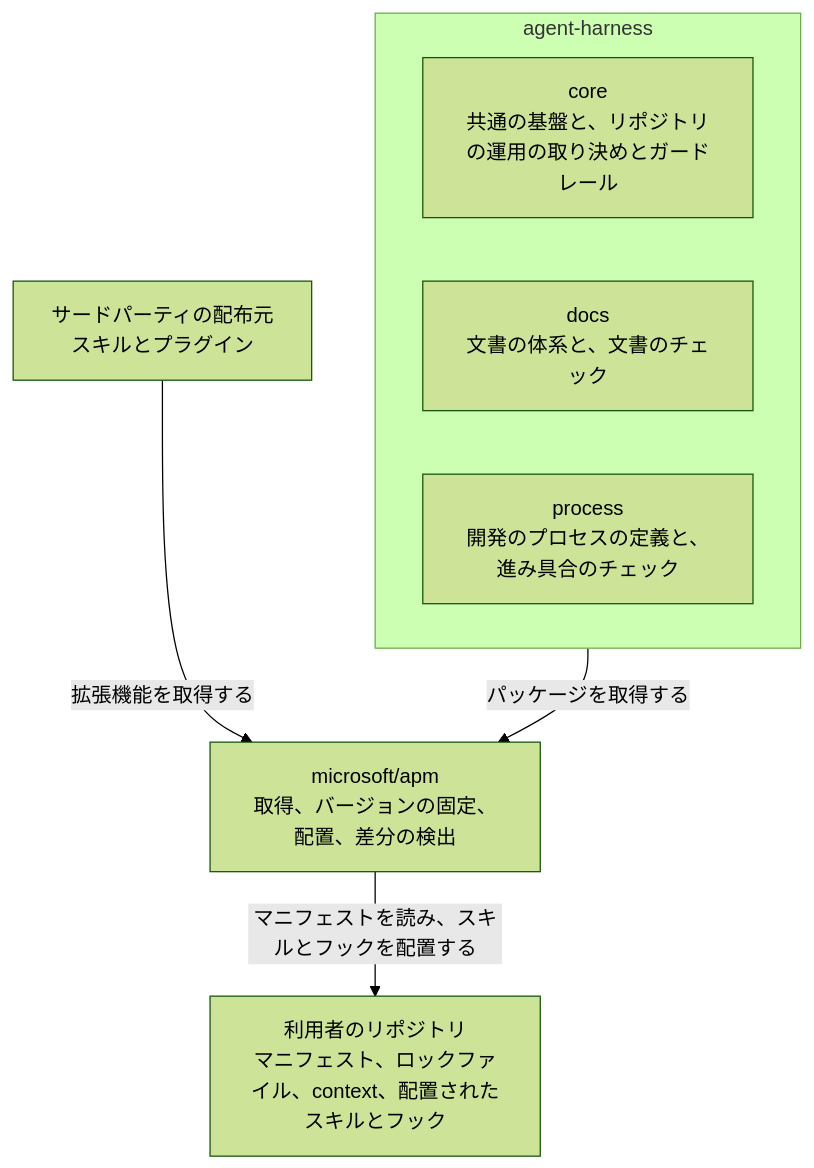
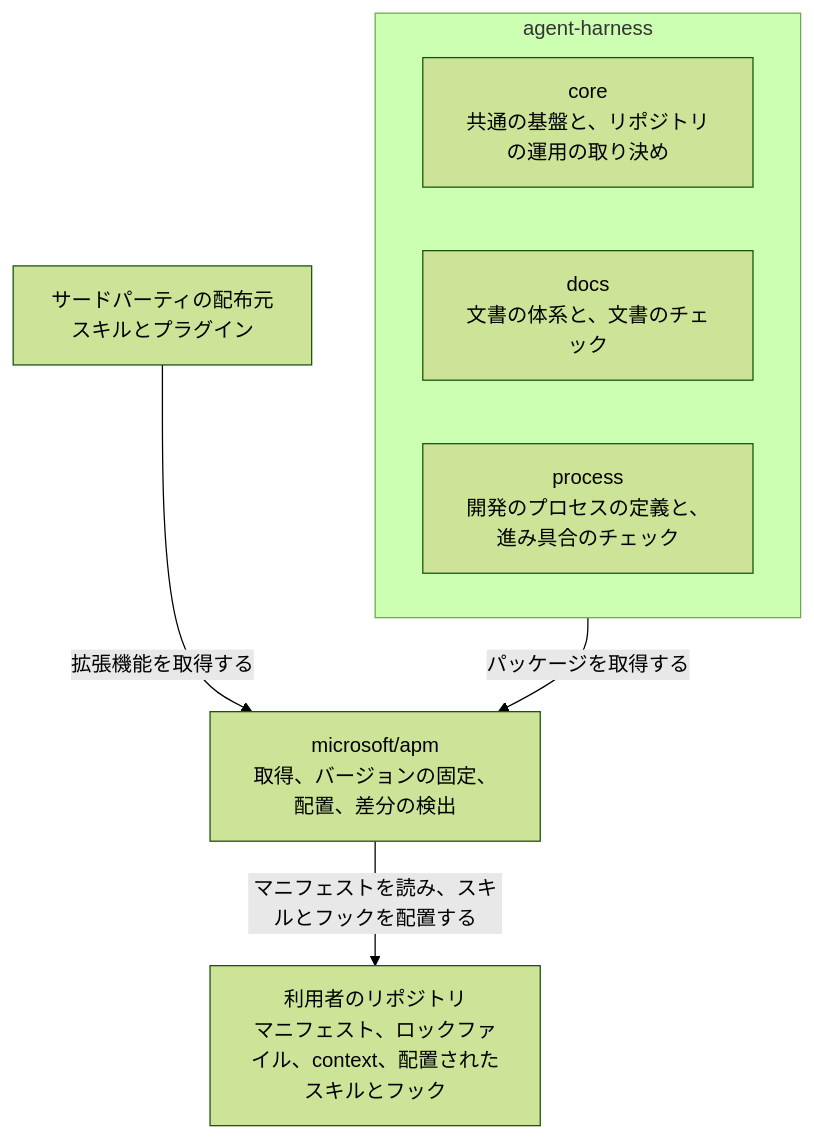
The diagram in design/DesignDoc.md (Fukuemon/agent-harness), drawn with Mermaid (forest theme) before and after one commit. The commit also changed other lines of this file and 4 other files, not shown here.

````diff
--- a/design/DesignDoc.md
+++ b/design/DesignDoc.md
@@ -61,16 +61,16 @@
 ```mermaid
 flowchart TB
     subgraph AH["agent-harness"]
         direction LR
-        core["core<br/>共通の基盤と、リポジトリの運用の取り決めとガードレール"]
+        core["core<br/>共通の基盤と、リポジトリの運用の取り決め"]
         docs["docs<br/>文書の体系と、文書のチェック"]
         process["process<br/>開発のプロセスの定義と、進み具合のチェック"]
     end
     third["サードパーティの配布元<br/>スキルとプラグイン"]
     apm["microsoft/apm<br/>取得、バージョンの固定、配置、差分の検出"]
     repo["利用者のリポジトリ<br/>マニフェスト、ロックファイル、context、配置されたスキルとフック"]
 
     AH -- "パッケージを取得する" --> apm
     third -- "拡張機能を取得する" --> apm
     apm -- "マニフェストを読み、スキルとフックを配置する" --> repo
 ```
````
